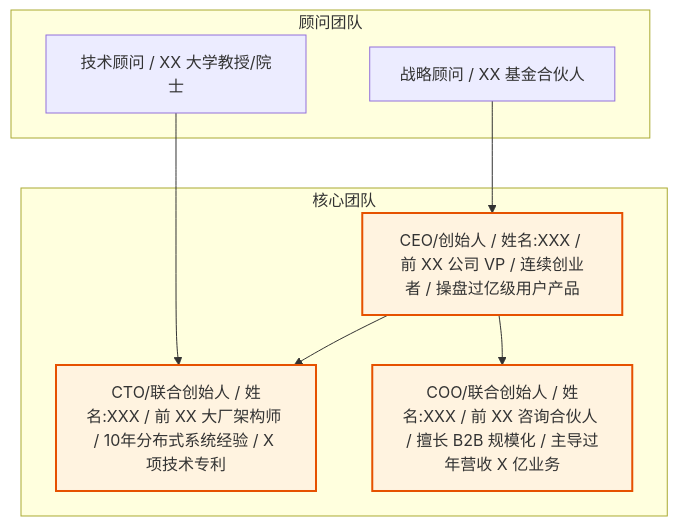
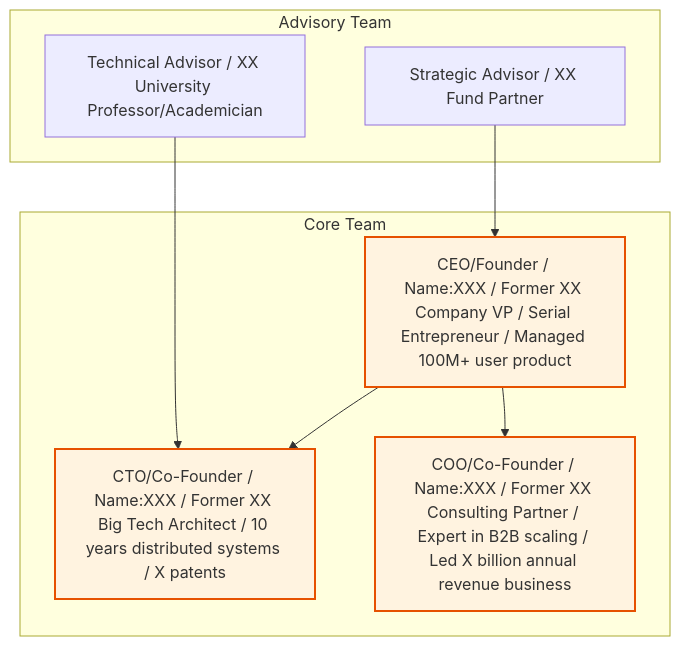
The eighth of 10 diagrams in templates/【模板】商业计划书.md (Kirky-X/cangjie), drawn with Mermaid before and after one commit. The commit also changed other lines of this file and 60 other files, not shown here.

````diff
--- a/templates/【模板】商业计划书.md
+++ b/templates/【模板】商业计划书.md
@@ -289,22 +289,22 @@
 ```mermaid
 graph TD
-    subgraph 核心团队
-        CEO[CEO/创始人 / 姓名:XXX / 前 XX 公司 VP / 连续创业者 / 操盘过亿级用户产品]
-        CTO[CTO/联合创始人 / 姓名:XXX / 前 XX 大厂架构师 / 10年分布式系统经验 / X 项技术专利]
-        COO[COO/联合创始人 / 姓名:XXX / 前 XX 咨询合伙人 / 擅长 B2B 规模化 / 主导过年营收 X 亿业务]
+    subgraph Core Team
+        CEO[CEO/Founder / Name:XXX / Former XX Company VP / Serial Entrepreneur / Managed 100M+ user product]
+        CTO[CTO/Co-Founder / Name:XXX / Former XX Big Tech Architect / 10 years distributed systems / X patents]
+        COO[COO/Co-Founder / Name:XXX / Former XX Consulting Partner / Expert in B2B scaling / Led X billion annual revenue business]
     end
 
-    subgraph 顾问团队
-        ADV1[战略顾问 / XX 基金合伙人]
-        ADV2[技术顾问 / XX 大学教授/院士]
+    subgraph Advisory Team
+        ADV1[Strategic Advisor / XX Fund Partner]
+        ADV2[Technical Advisor / XX University Professor/Academician]
     end
 
     CEO --> CTO
     CEO --> COO
     ADV1 --> CEO
     ADV2 --> CTO
 
     style CEO fill:#fff3e0,stroke:#e65100,stroke-width:2px
     style CTO fill:#fff3e0,stroke:#e65100,stroke-width:2px
     style COO fill:#fff3e0,stroke:#e65100,stroke-width:2px
 ```
````
